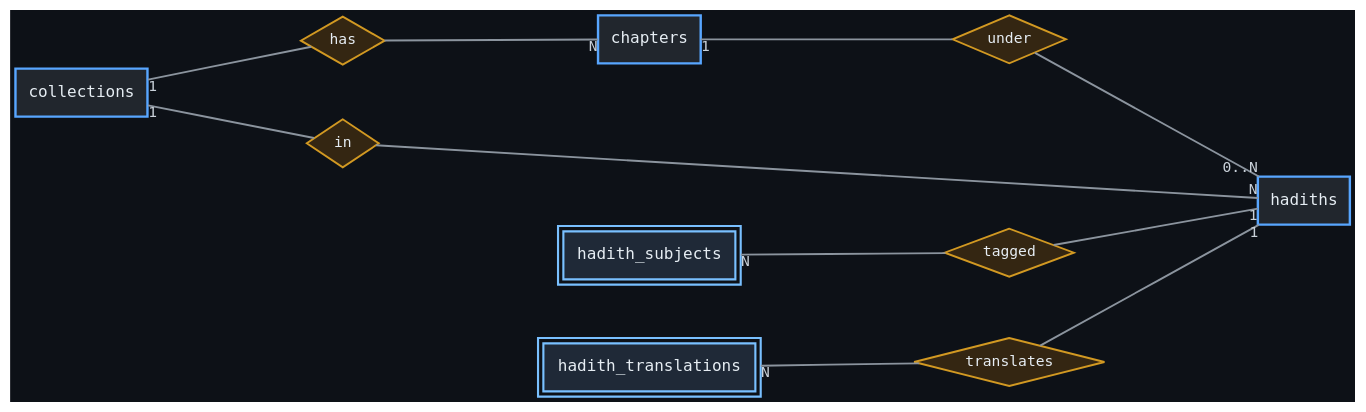
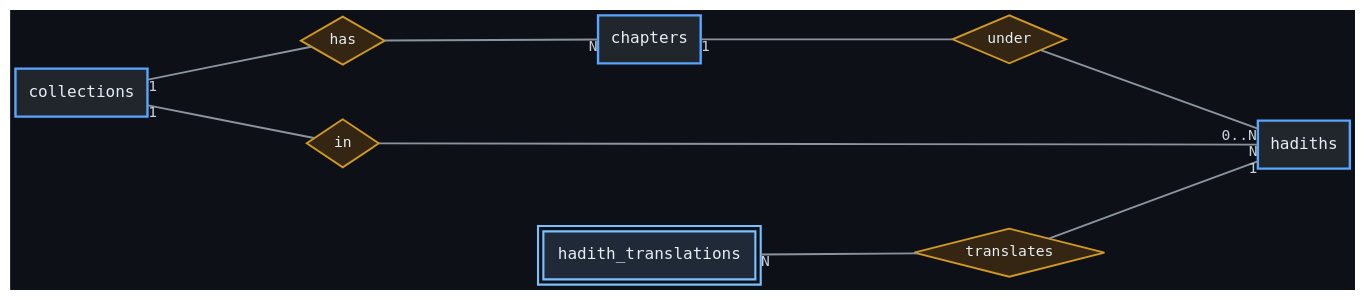
The diagram in docs/erd/plain/02_corpus_biblio.dot (Kamrulhasan12345/ilham), drawn with Graphviz before and after one commit. The commit also changed 53 other files, not shown here.

First line of the commit message:
fix: make the schema loadable and correct the study-layer model

```diff
--- a/docs/erd/plain/02_corpus_biblio.dot
+++ b/docs/erd/plain/02_corpus_biblio.dot
@@ -1,29 +1,27 @@
 graph corpus_biblio_plain {
   rankdir=LR;
   bgcolor="#0D1117";
   splines=spline;
   overlap=false;
   nodesep=0.55;
   ranksep=1.6;
   node [fontname="DejaVu Sans Mono", fontsize=12, fontcolor="#C9D1D9"];
   edge [fontname="DejaVu Sans Mono", fontsize=11, color="#8B949E", fontcolor="#C9D1D9", penwidth=1.4];
 
   node [shape=box, style="filled,bold", penwidth=1.8, fillcolor="#21262D", color="#58A6FF", fontcolor="#E6EDF3"];
   collections; chapters; hadiths;
 
   node [shape=box, peripheries=2, style="filled,bold", penwidth=1.6, fillcolor="#1F2937", color="#79C0FF"];
-  hadith_subjects; hadith_translations;
+  hadith_translations;
 
   node [shape=diamond, peripheries=1, style="filled", fillcolor="#342612", color="#D29922", penwidth=1.4, fontsize=11, fontcolor="#E6EDF3"];
   r_coll_chap [label="has"];
   r_coll_had  [label="in"];
   r_chap_had  [label="under"];
-  r_subj      [label="tagged"];
   r_trans     [label="translates"];
 
   collections -- r_coll_chap [taillabel="1"]; r_coll_chap -- chapters [headlabel="N"];
   collections -- r_coll_had  [taillabel="1"]; r_coll_had  -- hadiths  [headlabel="N"];
   chapters    -- r_chap_had  [taillabel="1"]; r_chap_had  -- hadiths  [headlabel="0..N"];
-  hadith_subjects -- r_subj  [taillabel="N"]; r_subj  -- hadiths [headlabel="1"];
   hadith_translations -- r_trans [taillabel="N"]; r_trans -- hadiths [headlabel="1"];
 }
```
